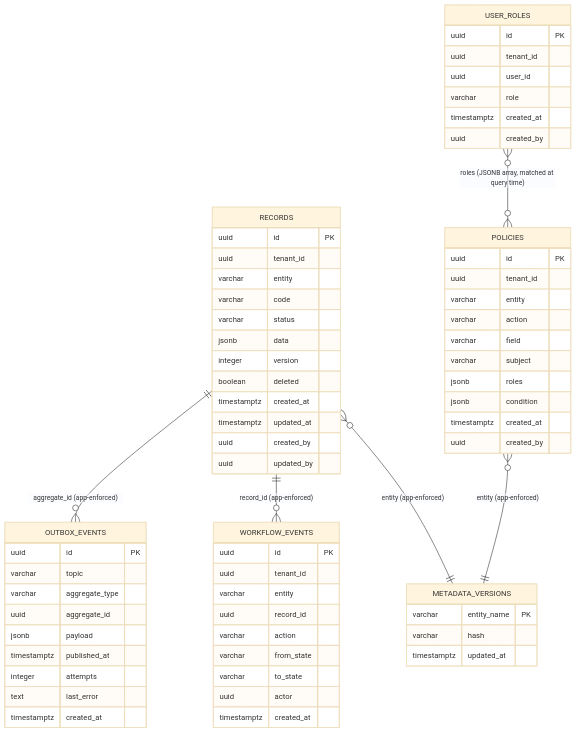
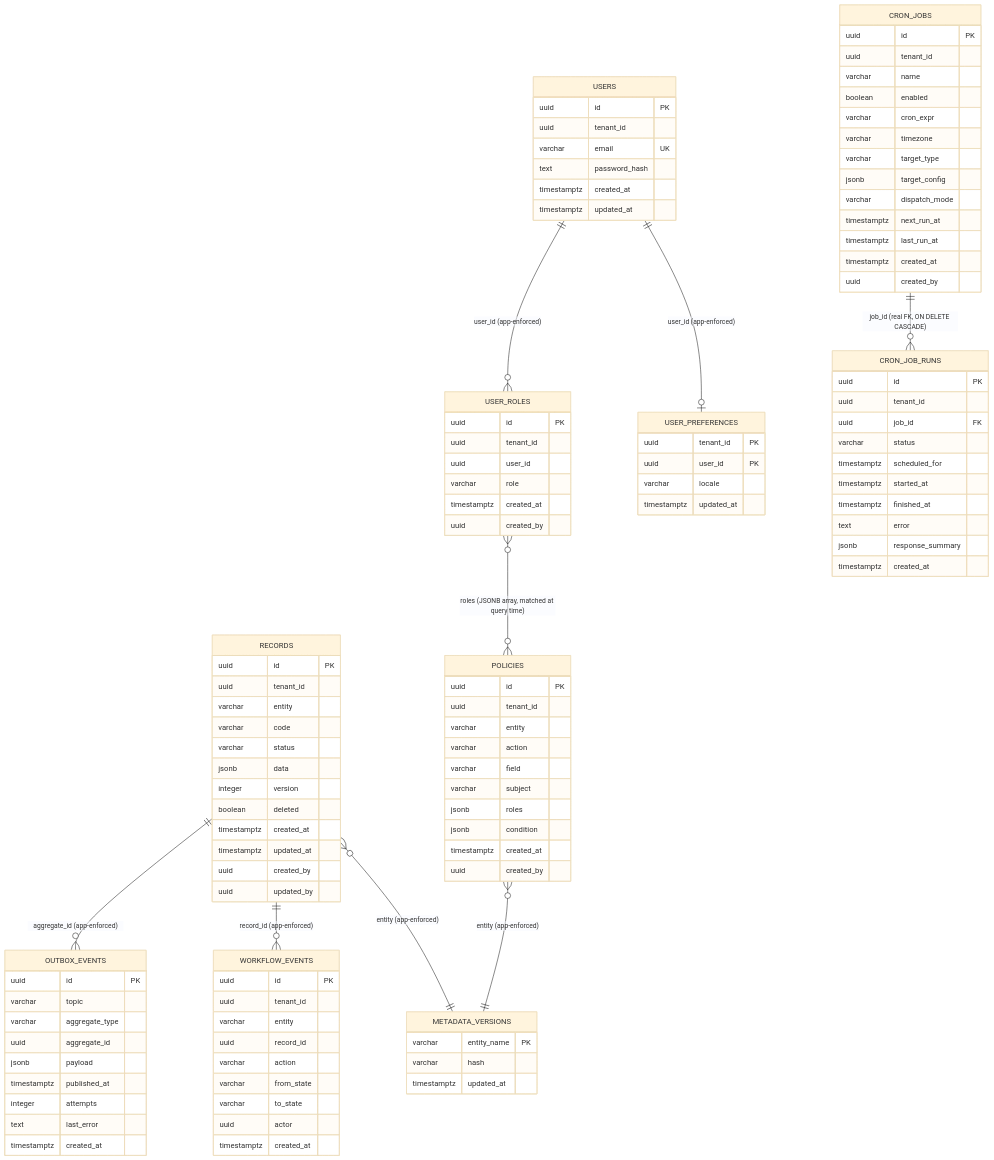
One commit to metap-org/metap changed the fourth of 5 diagrams in docs/architectures/05-building-blocks.md. Above: the diagram before and after it, drawn with Mermaid (base theme). The commit also changed other lines of this file and 5 other files, not shown here.

````diff
--- a/docs/architectures/05-building-blocks.md
+++ b/docs/architectures/05-building-blocks.md
@@ -332,10 +332,54 @@
     varchar hash
     timestamptz updated_at
   }
+  USERS {
+    uuid id PK
+    uuid tenant_id
+    varchar email UK
+    text password_hash
+    timestamptz created_at
+    timestamptz updated_at
+  }
+  USER_PREFERENCES {
+    uuid tenant_id PK
+    uuid user_id PK
+    varchar locale
+    timestamptz updated_at
+  }
+  CRON_JOBS {
+    uuid id PK
+    uuid tenant_id
+    varchar name
+    boolean enabled
+    varchar cron_expr
+    varchar timezone
+    varchar target_type
+    jsonb target_config
+    varchar dispatch_mode
+    timestamptz next_run_at
+    timestamptz last_run_at
+    timestamptz created_at
+    uuid created_by
+  }
+  CRON_JOB_RUNS {
+    uuid id PK
+    uuid tenant_id
+    uuid job_id FK
+    varchar status
+    timestamptz scheduled_for
+    timestamptz started_at
+    timestamptz finished_at
+    text error
+    jsonb response_summary
+    timestamptz created_at
+  }
 
   RECORDS ||--o{ OUTBOX_EVENTS : "aggregate_id (app-enforced)"
   RECORDS ||--o{ WORKFLOW_EVENTS : "record_id (app-enforced)"
   RECORDS }o--|| METADATA_VERSIONS : "entity (app-enforced)"
   POLICIES }o--|| METADATA_VERSIONS : "entity (app-enforced)"
   USER_ROLES }o--o{ POLICIES : "roles (JSONB array, matched at query time)"
+  USERS ||--o{ USER_ROLES : "user_id (app-enforced)"
+  USERS ||--o| USER_PREFERENCES : "user_id (app-enforced)"
+  CRON_JOBS ||--o{ CRON_JOB_RUNS : "job_id (real FK, ON DELETE CASCADE)"
 ```
````
